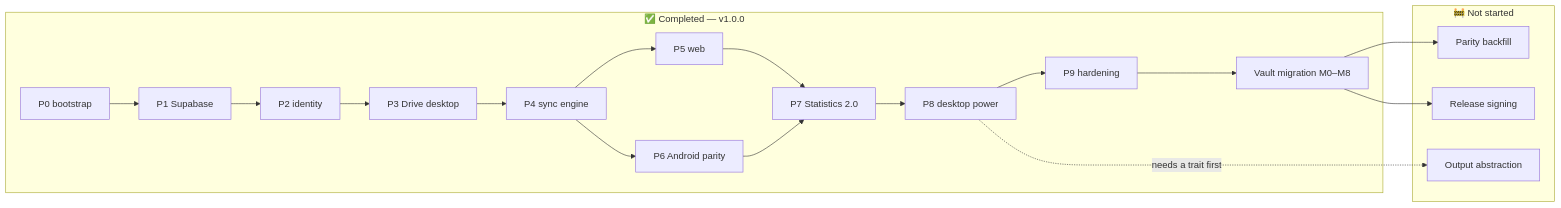
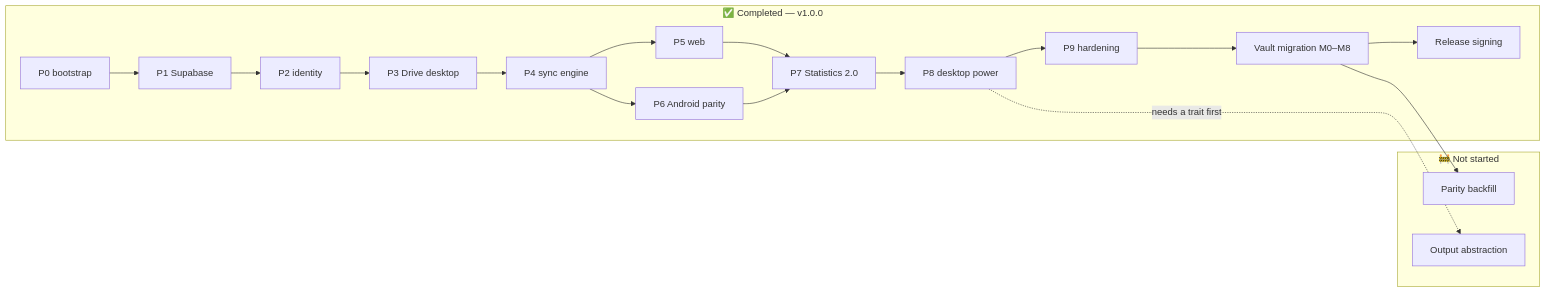
One commit to naimulnashid/music-vault changed the first of 2 diagrams in reports/ROADMAP.md. Above: the diagram before and after it, drawn with Mermaid. The commit also changed other lines of this file and 34 other files, not shown here.

````diff
--- a/reports/ROADMAP.md
+++ b/reports/ROADMAP.md
@@ -19,24 +19,23 @@
 ```mermaid
 graph LR
     subgraph done["✅ Completed — v1.0.0"]
         P0[P0 bootstrap] --> P1[P1 Supabase]
         P1 --> P2[P2 identity]
         P2 --> P3[P3 Drive desktop]
         P3 --> P4[P4 sync engine]
         P4 --> P5[P5 web]
         P4 --> P6[P6 Android parity]
         P5 --> P7[P7 Statistics 2.0]
         P6 --> P7
         P7 --> P8[P8 desktop power]
         P8 --> P9[P9 hardening]
         P9 --> V[Vault migration M0–M8]
+        V --> G4[Release signing]
     end
     subgraph next["🚧 Not started"]
         G1[Parity backfill]
         G2[Output abstraction]
-        G4[Release signing]
     end
     V --> G1
-    V --> G4
     P8 -.->|"needs a trait first"| G2
 ```
````
